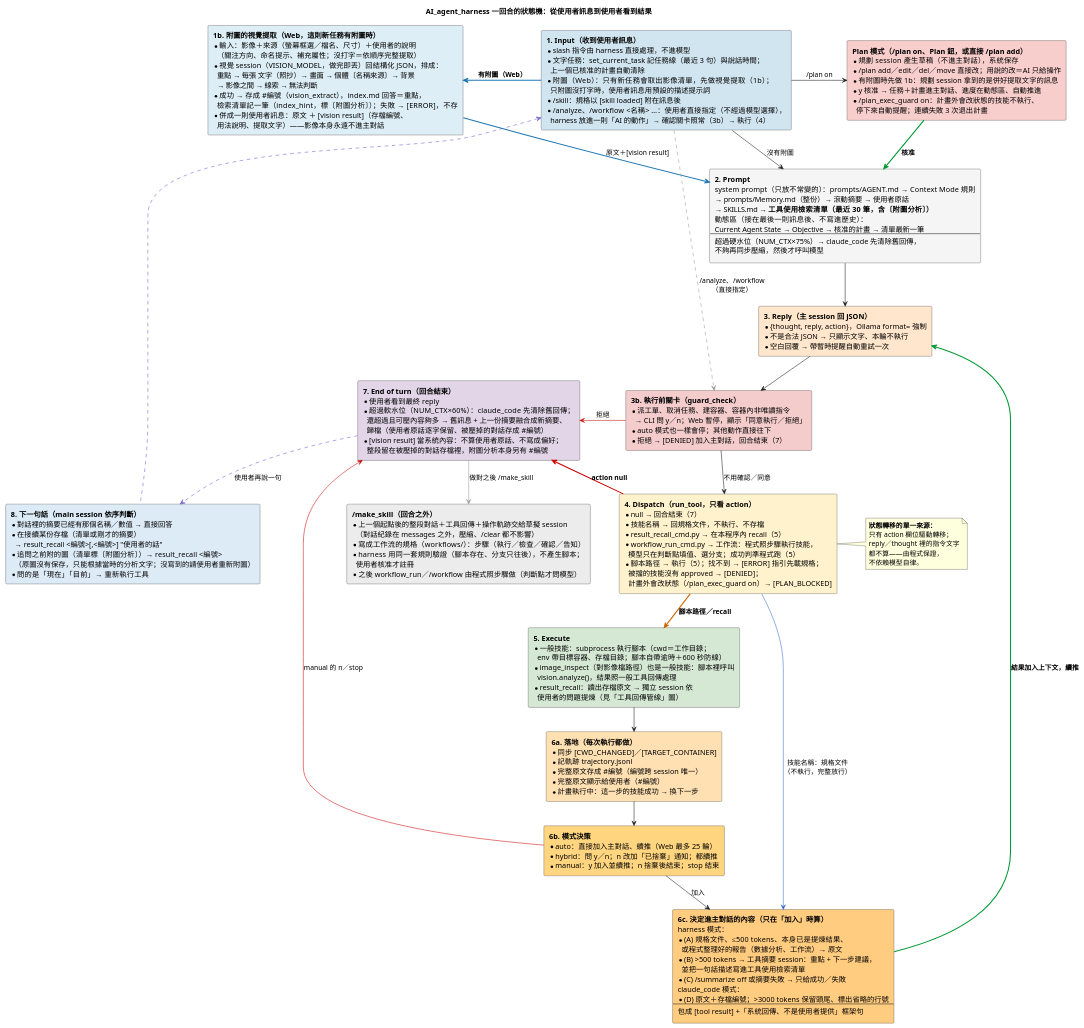
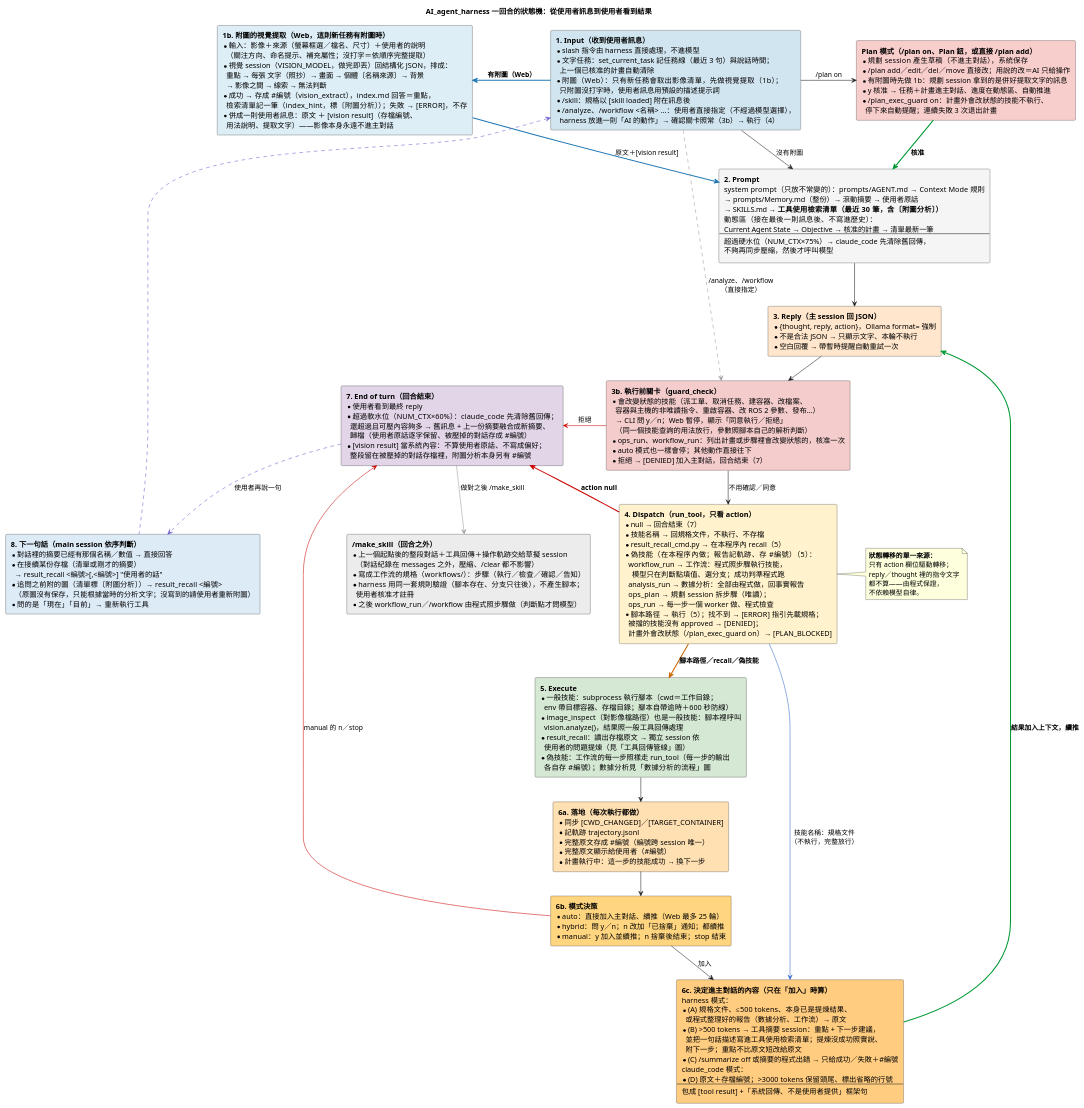
One commit to DavidZox/Coding_agnet changed the diagram in doc/diagrams/AI_agent_harness的狀態轉移.puml. Above: the diagram before and after it, drawn with PlantUML. The commit also changed 13 other files, not shown here.

First line of the commit message:
Refactor documentation and diagrams for AI agent harness

```diff
--- a/doc/diagrams/AI_agent_harness的狀態轉移.puml
+++ b/doc/diagrams/AI_agent_harness的狀態轉移.puml
@@ -1,186 +1,196 @@
 @startuml
 ' --- 樣式精準控制 ---
 skinparam RectangleWidthMax 360
 skinparam ranksep 45
 skinparam nodesep 55
 skinparam shadowing false
 skinparam defaultFontName "Microsoft JhengHei"
 
 title AI_agent_harness 一回合的狀態機：從使用者訊息到使用者看到結果
 
 rectangle State1 #D1E5F0 [
   **1. Input（收到使用者訊息）**
   * slash 指令由 harness 直接處理，不進模型
   * 文字任務：set_current_task 記任務線（最近 3 句）與說話時間；
     上一個已核准的計畫自動清除
   * 附圖（Web）：只有新任務會取出影像清單，先做視覺提取（1b）；
     只附圖沒打字時，使用者訊息用預設的描述提示詞
   * /skill：規格以 [skill loaded] 附在訊息後
   * /analyze、/workflow <名稱> …：使用者直接指定（不經過模型選擇），
     harness 放進一則「AI 的動作」→ 確認關卡照常（3b）→ 執行（4）
 ]
 
 rectangle StateVision #DDEEF6 [
   **1b. 附圖的視覺提取（Web，這則新任務有附圖時）**
   * 輸入：影像＋來源（螢幕框選／檔名、尺寸）＋使用者的說明
     （關注方向、命名提示、補充屬性；沒打字＝依順序完整提取）
   * 視覺 session（VISION_MODEL，做完即丟）回結構化 JSON，排成：
     重點 → 每張 文字（照抄）→ 畫面 → 個體〔名稱來源〕→ 背景
     → 影像之間 → 線索 → 無法判斷
   * 成功 → 存成 #編號（vision_extract），index.md 回答＝重點，
     檢索清單記一筆（index_hint，標〔附圖分析〕）；失敗 → [ERROR]，不存
   * 併成一則使用者訊息：原文 ＋ [vision result]（存檔編號、
     用法說明、提取文字）——影像本身永遠不進主對話
 ]
 
 rectangle State2 #F5F5F5 [
   **2. Prompt**
   system prompt（只放不常變的）：prompts/AGENT.md → Context Mode 規則
   → prompts/Memory.md（整份）→ 滾動摘要 → 使用者原話
   → SKILLS.md → **工具使用檢索清單（最近 30 筆，含〔附圖分析〕）**
   動態區（接在最後一則訊息後、不寫進歷史）：
   Current Agent State → Objective → 核准的計畫 → 清單最新一筆
   ----
   超過硬水位（NUM_CTX×75%）→ claude_code 先清除舊回傳，
   不夠再同步壓縮，然後才呼叫模型
 ]
 
 rectangle State3 #FFE6CC [
   **3. Reply（主 session 回 JSON）**
   * {thought, reply, action}，Ollama format= 強制
   * 不是合法 JSON → 只顯示文字、本輪不執行
   * 空白回覆 → 帶暫時提醒自動重試一次
 ]
 
 rectangle StateGuard #F4CCCC [
   **3b. 執行前關卡（guard_check）**
-  * 派工單、取消任務、建容器、容器內非唯讀指令
+  * 會改變狀態的技能（派工單、取消任務、建容器、改檔案、
+    容器與主機的非唯讀指令、重啟容器、改 ROS 2 參數、發布…）
     → CLI 問 y／n；Web 暫停，顯示「同意執行／拒絕」
+    （同一個技能查詢的用法放行，參數照腳本自己的解析判斷）
+  * ops_run、workflow_run：列出計畫或步驟裡會改變狀態的，核准一次
   * auto 模式也一樣會停；其他動作直接往下
   * 拒絕 → [DENIED] 加入主對話，回合結束（7）
 ]
 
 rectangle State4 #FFF2CC [
   **4. Dispatch（run_tool，只看 action）**
   * null → 回合結束（7）
   * 技能名稱 → 回規格文件，不執行、不存檔
   * result_recall_cmd.py → 在本程序內 recall（5）
-  * workflow_run_cmd.py → 工作流：程式照步驟執行技能，
-    模型只在判斷點填值、選分支；成功判準程式跑（5）
+  * 偽技能（在本程序內做；報告記軌跡、存 #編號）（5）：
+    workflow_run → 工作流：程式照步驟執行技能，
+      模型只在判斷點填值、選分支；成功判準程式跑
+    analysis_run → 數據分析：全部由程式做，回事實報告
+    ops_plan → 規劃 session 拆步驟（唯讀）；
+    ops_run → 每一步一個 worker 做、程式檢查
   * 腳本路徑 → 執行（5）；找不到 → [ERROR] 指引先載規格；
     被擋的技能沒有 approved → [DENIED]；
     計畫外會改狀態（/plan_exec_guard on）→ [PLAN_BLOCKED]
 ]
 
 rectangle State5 #D5E8D4 [
   **5. Execute**
   * 一般技能：subprocess 執行腳本（cwd＝工作目錄；
     env 帶目標容器、存檔目錄；腳本自帶逾時＋600 秒防線）
   * image_inspect（對影像檔路徑）也是一般技能：腳本裡呼叫
     vision.analyze()，結果照一般工具回傳處理
   * result_recall：讀出存檔原文 → 獨立 session 依
     使用者的問題提煉（見「工具回傳管線」圖）
+  * 偽技能：工作流的每一步照樣走 run_tool（每一步的輸出
+    各自存 #編號）；數據分析見「數據分析的流程」圖
 ]
 
 rectangle State6a #FFE0B2 [
   **6a. 落地（每次執行都做）**
   * 同步 [CWD_CHANGED]／[TARGET_CONTAINER]
   * 記軌跡 trajectory.jsonl
   * 完整原文存成 #編號（編號跨 session 唯一）
   * 完整原文顯示給使用者（#編號）
   * 計畫執行中：這一步的技能成功 → 換下一步
 ]
 
 rectangle State6b #FFD580 [
   **6b. 模式決策**
   * auto：直接加入主對話、續推（Web 最多 25 輪）
   * hybrid：問 y／n；n 改加「已捨棄」通知；都續推
   * manual：y 加入並續推；n 捨棄後結束；stop 結束
 ]
 
 rectangle State6c #FFCC80 [
   **6c. 決定進主對話的內容（只在「加入」時算）**
   harness 模式：
   * (A) 規格文件、≤500 tokens、本身已是提煉結果、
     或程式整理好的報告（數據分析、工作流）→ 原文
   * (B) >500 tokens → 工具摘要 session：重點 + 下一步建議，
-    並把一句話描述寫進工具使用檢索清單
-  * (C) /summarize off 或摘要失敗 → 只給成功／失敗
+    並把一句話描述寫進工具使用檢索清單；提煉沒成功照實說、
+    附下一步；重點不比原文短改給原文
+  * (C) /summarize off 或摘要的程式出錯 → 只給成功／失敗＋#編號
   claude_code 模式：
   * (D) 原文＋存檔編號；>3000 tokens 保留頭尾、標出省略的行號
   ----
   包成 [tool result] +「系統回傳、不是使用者提供」框架句
 ]
 
 rectangle State7 #E1D5E7 [
   **7. End of turn（回合結束）**
   * 使用者看到最終 reply
   * 超過軟水位（NUM_CTX×60%）：claude_code 先清除舊回傳；
     還超過且可壓內容夠多 → 舊訊息 + 上一份摘要融合成新摘要、
     歸檔（使用者原話逐字保留、被壓掉的對話存成 #編號）
   * [vision result] 當系統內容：不算使用者原話、不寫成偏好；
     整段留在被壓掉的對話存檔裡，附圖分析本身另有 #編號
 ]
 
 rectangle State8 #DDEBF7 [
   **8. 下一句話（main session 依序判斷）**
   * 對話裡的摘要已經有那個名稱／數值 → 直接回答
   * 在接續某份存檔（清單或剛才的摘要）
     → result_recall <編號>[,<編號>] "使用者的話"
   * 追問之前附的圖（清單標〔附圖分析〕）→ result_recall <編號>
     （原圖沒有保存，只能根據當時的分析文字；沒寫到的請使用者重新附圖）
   * 問的是「現在」「目前」→ 重新執行工具
 ]
 
 rectangle StatePlan #F8CECC [
   **Plan 模式（/plan on、Plan 鈕，或直接 /plan add）**
   * 規劃 session 產生草稿（不進主對話），系統保存
   * /plan add／edit／del／move 直接改；用說的改＝AI 只給操作
   * 有附圖時先做 1b：規劃 session 拿到的是併好提取文字的訊息
   * y 核准 → 任務＋計畫進主對話、進度在動態區、自動推進
   * /plan_exec_guard on：計畫外會改狀態的技能不執行、
     停下來自動提醒；連續失敗 3 次退出計畫
 ]
 
 rectangle StateSkill #ECECEC [
   **/make_skill（回合之外）**
   * 上一個起點後的整段對話＋工具回傳＋操作軌跡交給草擬 session
     （對話紀錄在 messages 之外，壓縮、/clear 都不影響）
   * 寫成工作流的規格（workflows/）：步驟（執行／檢查／確認／告知）
   * harness 用同一套規則驗證（腳本存在、分支只往後），不產生腳本；
     使用者核准才註冊
   * 之後 workflow_run／/workflow 由程式照步驟做（判斷點才問模型）
 ]
 
 ' --- 邏輯流向 ---
 State1 -down-> State2 : 沒有附圖
 State1 -[#1F77B4,bold]left-> StateVision : **有附圖（Web）**
 StateVision -[#1F77B4,bold]down-> State2 : 原文＋[vision result]
 State2 -down-> State3
 State3 -down-> StateGuard
 StateGuard -down-> State4 : 不用確認／同意
 StateGuard -[#CC0000]left-> State7 : 拒絕
-State4 -[#CC6600,bold]down-> State5 : **腳本路徑／recall**
+State4 -[#CC6600,bold]down-> State5 : **腳本路徑／recall／偽技能**
 State4 -[#3366CC]right-> State6c : 技能名稱：規格文件\n（不執行，完整放行）
 State5 -down-> State6a
 State6a -down-> State6b
 State6b -down-> State6c : 加入
 State6c -[#009933,bold]up-> State3 : **結果加入上下文，續推**
 State4 -[#CC0000,bold]left-> State7 : **action null**
 State6b -[#CC0000]left-> State7 : manual 的 n／stop
 State7 -[#6A5ACD,dashed]down-> State8 : 使用者再說一句
 State8 -[#6A5ACD,dashed]up-> State1
 State1 -right-> StatePlan : /plan on
 State1 -[#999999,dashed]right-> StateGuard : /analyze、/workflow\n（直接指定）
 StatePlan -[#009933,bold]down-> State2 : **核准**
 State7 -[#999999]down-> StateSkill : 做對之後 /make_skill
 
 note right of State4
   **狀態轉移的單一來源：**
   只有 action 欄位驅動轉移；
   reply／thought 裡的指令文字
   都不算——由程式保證，
   不依賴模型自律。
 end note
 
 @enduml
```
